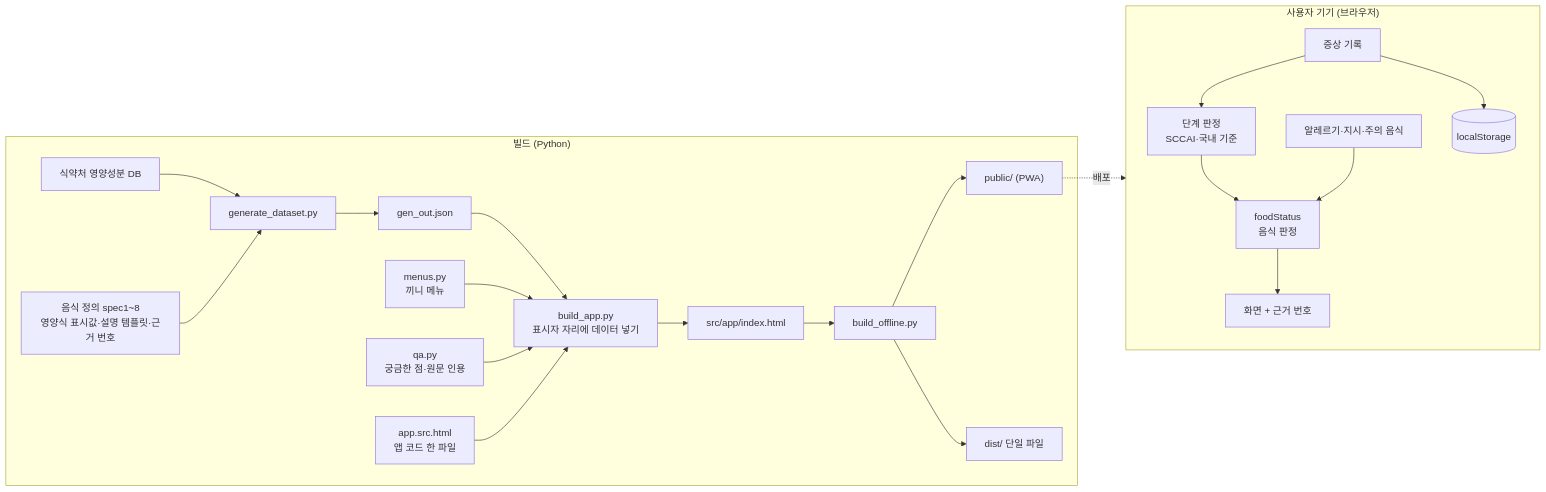
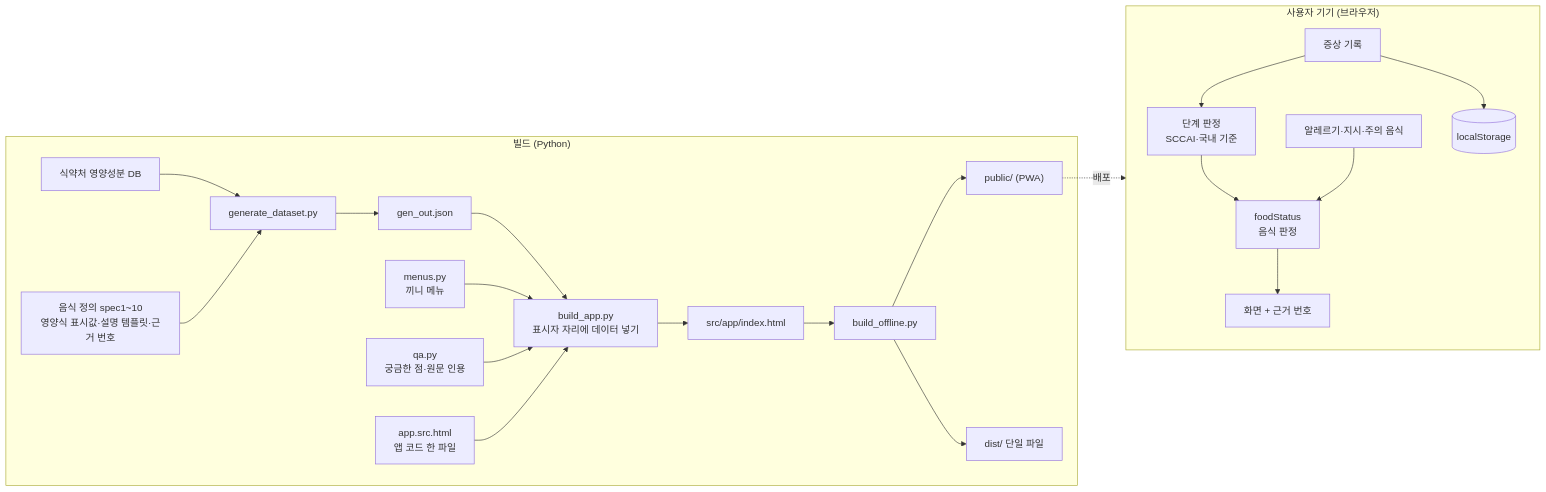
One commit to Park11234/uc-table changed the diagram in README.md. Above: the diagram before and after it, drawn with Mermaid. The commit also changed other lines of this file and 84 other files, not shown here.

````diff
--- a/README.md
+++ b/README.md
@@ -129,24 +131,24 @@
 ```mermaid
 flowchart LR
   subgraph build["빌드 (Python)"]
     CSV["식약처 영양성분 DB"] --> GEN["generate_dataset.py"]
-    SPEC["음식 정의 spec1~8<br/>영양식 표시값·설명 템플릿·근거 번호"] --> GEN
+    SPEC["음식 정의 spec1~10<br/>영양식 표시값·설명 템플릿·근거 번호"] --> GEN
     GEN --> JSON["gen_out.json"]
     JSON --> BA["build_app.py<br/>표시자 자리에 데이터 넣기"]
     MENU["menus.py<br/>끼니 메뉴"] --> BA
     QA["qa.py<br/>궁금한 점·원문 인용"] --> BA
     SRC["app.src.html<br/>앱 코드 한 파일"] --> BA
     BA --> APP["src/app/index.html"]
     APP --> OFF["build_offline.py"]
     OFF --> PWA["public/ (PWA)"]
     OFF --> ONE["dist/ 단일 파일"]
   end
   subgraph device["사용자 기기 (브라우저)"]
     LOG["증상 기록"] --> STAGE["단계 판정<br/>SCCAI·국내 기준"]
     STAGE --> RULE["foodStatus<br/>음식 판정"]
     PROF["알레르기·지시·주의 음식"] --> RULE
     RULE --> VIEW["화면 + 근거 번호"]
     LOG --> LS[("localStorage")]
   end
   PWA -. 배포 .-> device
 ```
````
